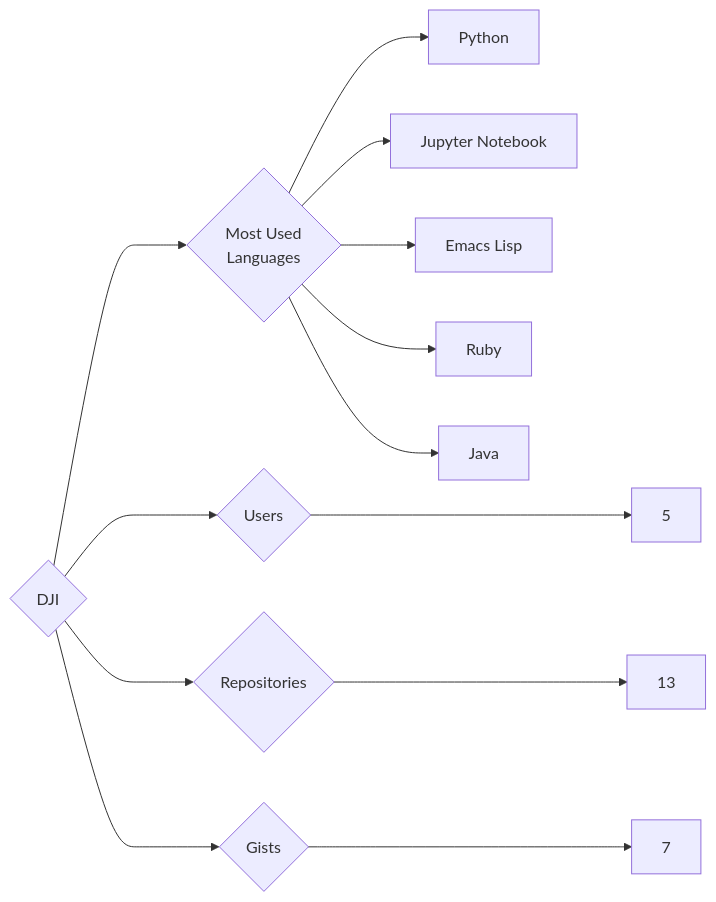
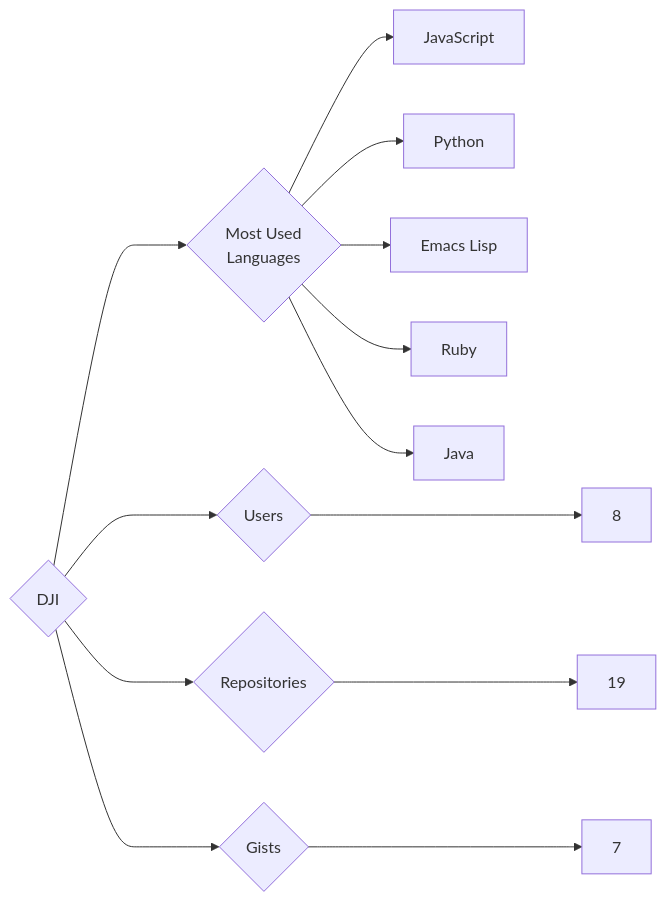
The diagram in targets/DJI/README.md (trickest/insiders), drawn with Mermaid before and after one commit. The commit also changed 1212 other files, not shown here.

````diff
--- a/targets/DJI/README.md
+++ b/targets/DJI/README.md
@@ -3,13 +3,13 @@
 ```mermaid
 graph LR
 COMPANY_NAME{DJI}
-COMPANY_NAME ---> U{Users} ---> UN[5]
-COMPANY_NAME ---> R{Repositories} ---> RN[13]
+COMPANY_NAME ---> U{Users} ---> UN[8]
+COMPANY_NAME ---> R{Repositories} ---> RN[19]
 COMPANY_NAME ---> G{Gists} ---> GN[7]
 COMPANY_NAME ---> ML{Most Used<br>Languages}
+ML --> JavaScript[JavaScript]
 ML --> Python[Python]
-ML --> Jupyter_Notebook[Jupyter Notebook]
 ML --> Emacs_Lisp[Emacs Lisp]
 ML --> Ruby[Ruby]
 ML --> Java[Java]
 ```
````
